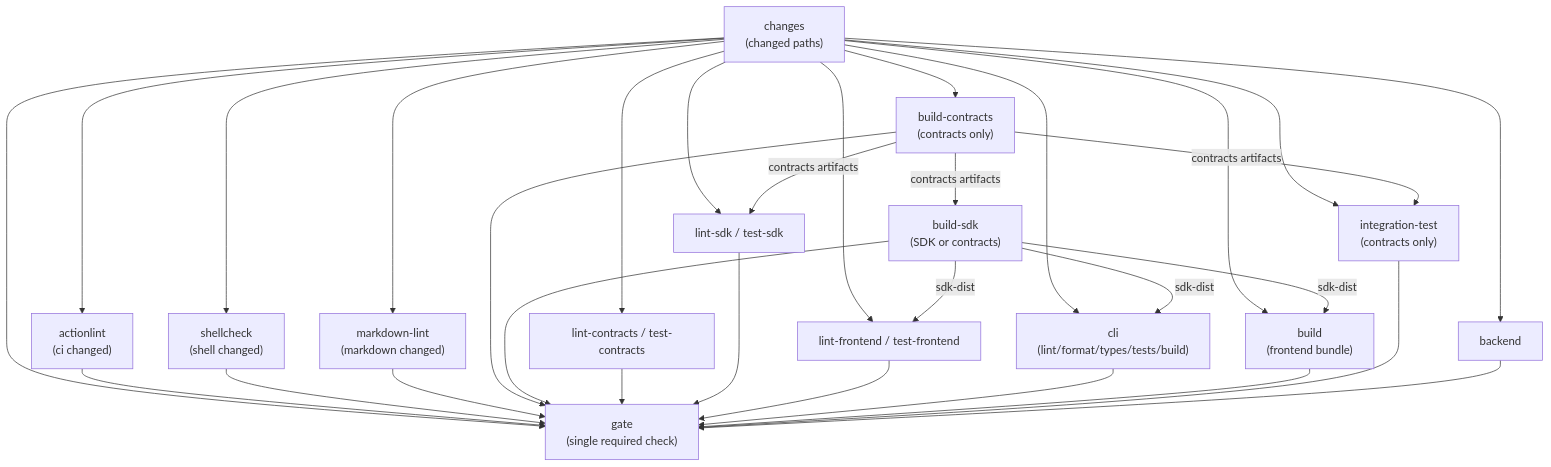
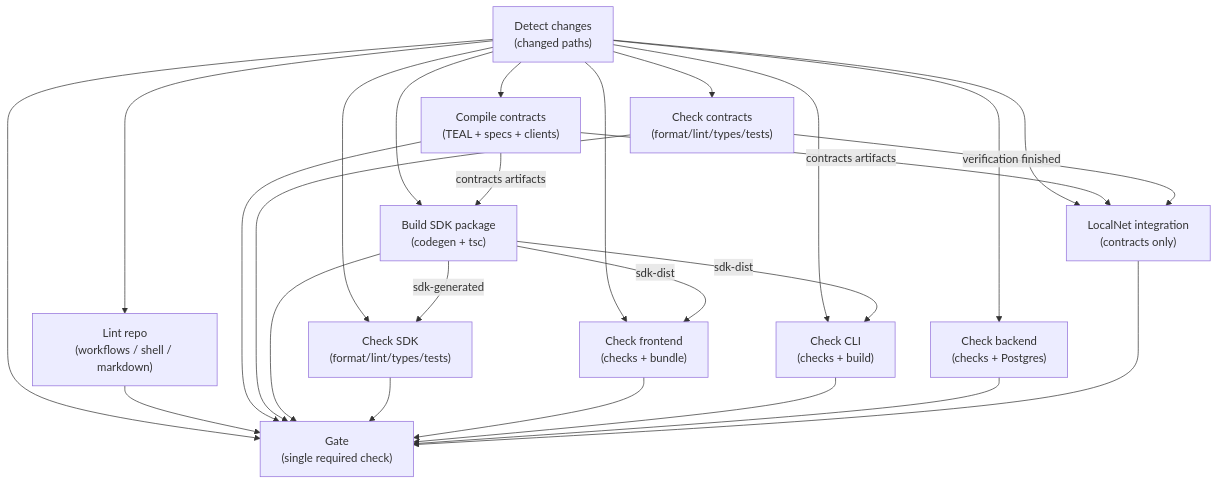
The diagram in docs/ci.md (kasakame/kasakame), drawn with Mermaid before and after one commit. The commit also changed other lines of this file and 3 other files, not shown here.

Commit message:
ci(repo): restructure build-and-test checks and job names

````diff
--- a/docs/ci.md
+++ b/docs/ci.md
@@ -61,48 +72,40 @@
 ```mermaid
 flowchart TD
-    changes["changes<br/>(changed paths)"]
-    actionlint["actionlint<br/>(ci changed)"]
-    shellcheck["shellcheck<br/>(shell changed)"]
-    markdown["markdown-lint<br/>(markdown changed)"]
-    buildc["build-contracts<br/>(contracts only)"]
-    buildsdk["build-sdk<br/>(SDK or contracts)"]
-    contracts["lint-contracts / test-contracts"]
-    sdk["lint-sdk / test-sdk"]
-    frontend["lint-frontend / test-frontend"]
-    cli["cli<br/>(lint/format/types/tests/build)"]
-    build["build<br/>(frontend bundle)"]
-    integration["integration-test<br/>(contracts only)"]
-    backend["backend"]
-    gate["gate<br/>(single required check)"]
+    changes["Detect changes<br/>(changed paths)"]
+    repo["Lint repo<br/>(workflows / shell / markdown)"]
+    buildc["Compile contracts<br/>(TEAL + specs + clients)"]
+    contracts["Check contracts<br/>(format/lint/types/tests)"]
+    buildsdk["Build SDK package<br/>(codegen + tsc)"]
+    sdk["Check SDK<br/>(format/lint/types/tests)"]
+    frontend["Check frontend<br/>(checks + bundle)"]
+    cli["Check CLI<br/>(checks + build)"]
+    backend["Check backend<br/>(checks + Postgres)"]
+    integration["LocalNet integration<br/>(contracts only)"]
+    gate["Gate<br/>(single required check)"]
 
-    changes --> actionlint
-    changes --> shellcheck
-    changes --> markdown
+    changes --> repo
     changes --> buildc
     changes --> contracts
+    changes --> buildsdk
     changes --> sdk
     changes --> frontend
     changes --> cli
-    changes --> build
+    changes --> backend
     changes --> integration
-    changes --> backend
+    changes --> gate
     buildc -->|"contracts artifacts"| buildsdk
-    buildc -->|"contracts artifacts"| sdk
     buildc -->|"contracts artifacts"| integration
+    contracts -->|"verification finished"| integration
+    buildsdk -->|"sdk-generated"| sdk
     buildsdk -->|"sdk-dist"| frontend
     buildsdk -->|"sdk-dist"| cli
-    buildsdk -->|"sdk-dist"| build
-    changes --> gate
-    actionlint --> gate
-    shellcheck --> gate
-    markdown --> gate
+    repo --> gate
     buildc --> gate
+    contracts --> gate
     buildsdk --> gate
-    contracts --> gate
     sdk --> gate
     frontend --> gate
     cli --> gate
-    build --> gate
+    backend --> gate
     integration --> gate
-    backend --> gate
 ```
````
